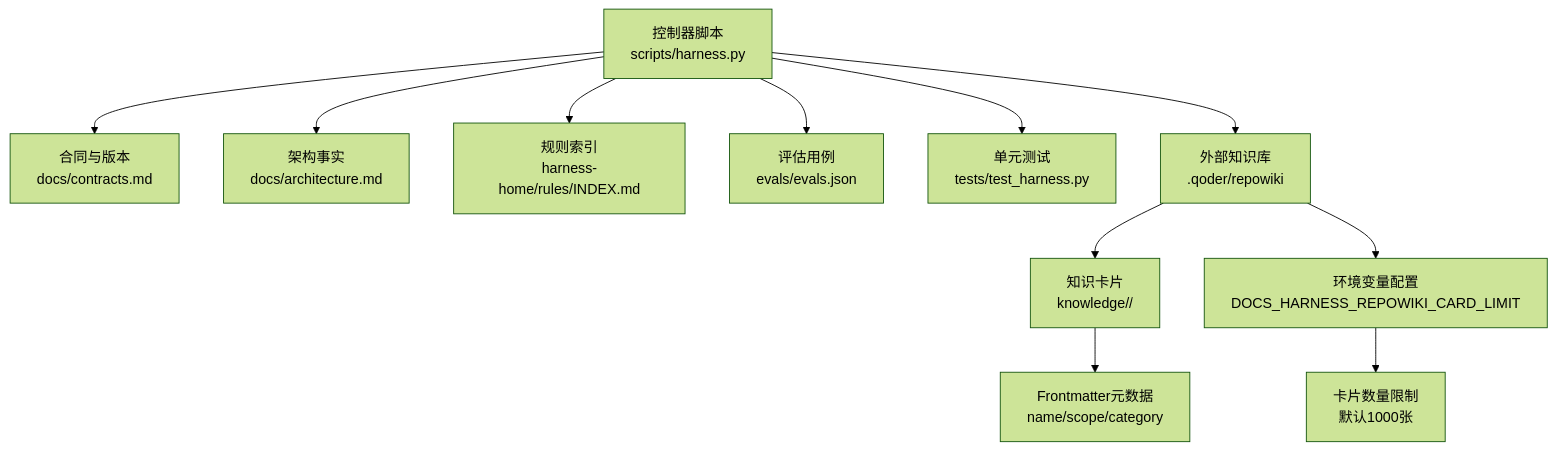
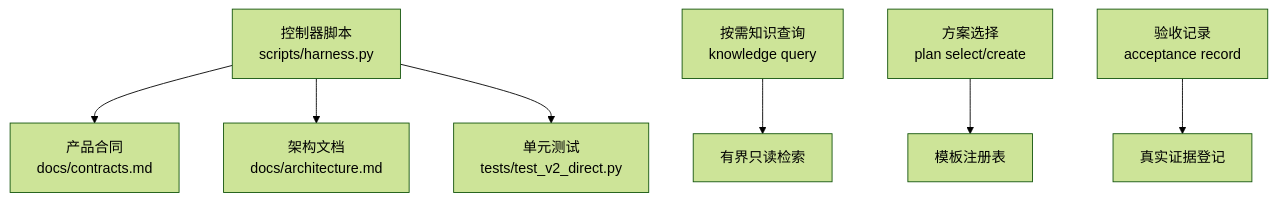
The first of 4 diagrams in .qoder/repowiki/zh/content/核心概念/知识图谱系统/知识图谱系统.md (HackSing/docs-harness), drawn with Mermaid (forest theme) before and after one commit. The commit also changed other lines of this file and 42 other files, not shown here.

````diff
--- a/.qoder/repowiki/zh/content/核心概念/知识图谱系统/知识图谱系统.md
+++ b/.qoder/repowiki/zh/content/核心概念/知识图谱系统/知识图谱系统.md
@@ -42,13 +39,9 @@
 ```mermaid
 graph TB
-A["控制器脚本<br/>scripts/harness.py"] --> B["合同与版本<br/>docs/contracts.md"]
-A --> C["架构事实<br/>docs/architecture.md"]
-A --> D["规则索引<br/>harness-home/rules/INDEX.md"]
-A --> E["评估用例<br/>evals/evals.json"]
-A --> F["单元测试<br/>tests/test_harness.py"]
-A --> G["外部知识库<br/>.qoder/repowiki"]
-G --> H["知识卡片<br/>knowledge/<locale>/"]
-H --> I["Frontmatter元数据<br/>name/scope/category"]
-G --> J["环境变量配置<br/>DOCS_HARNESS_REPOWIKI_CARD_LIMIT"]
-J --> K["卡片数量限制<br/>默认1000张"]
+A["控制器脚本<br/>scripts/harness.py"] --> B["产品合同<br/>docs/contracts.md"]
+A --> C["架构文档<br/>docs/architecture.md"]
+A --> D["单元测试<br/>tests/test_v2_direct.py"]
+E["按需知识查询<br/>knowledge query"] --> F["有界只读检索"]
+G["方案选择<br/>plan select/create"] --> H["模板注册表"]
+I["验收记录<br/>acceptance record"] --> J["真实证据登记"]
 ```
````
